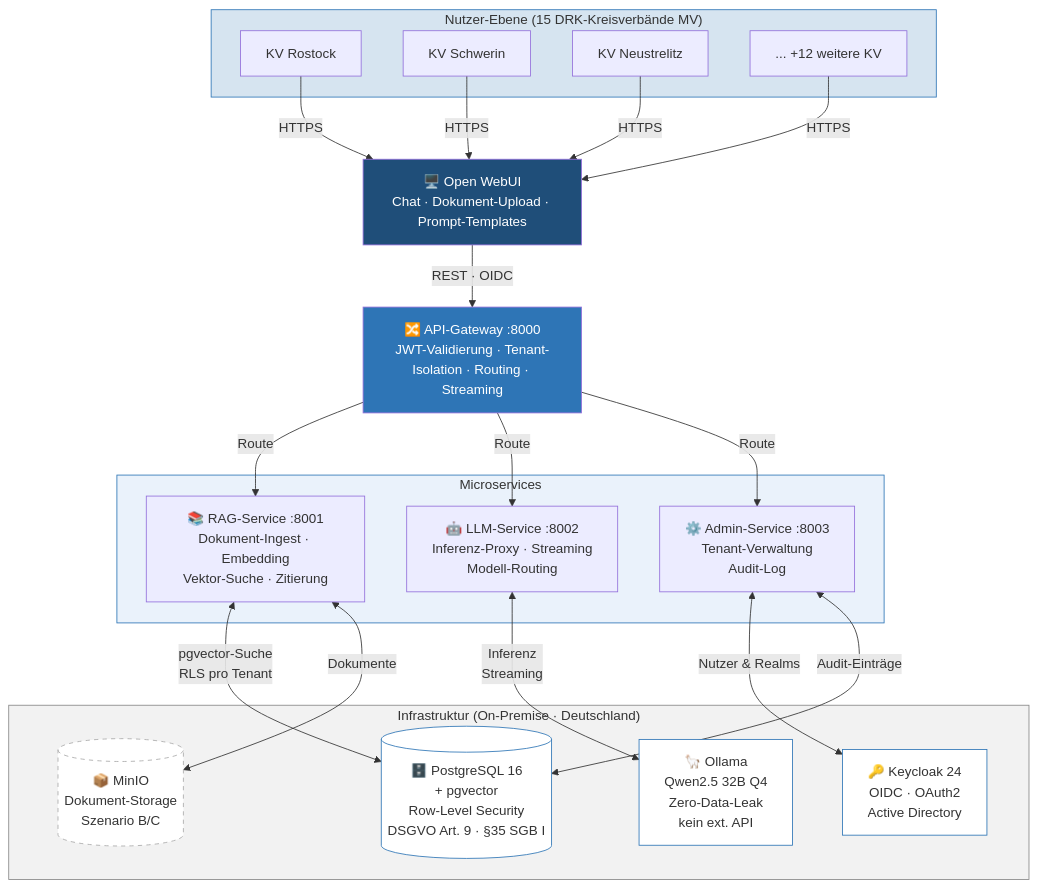
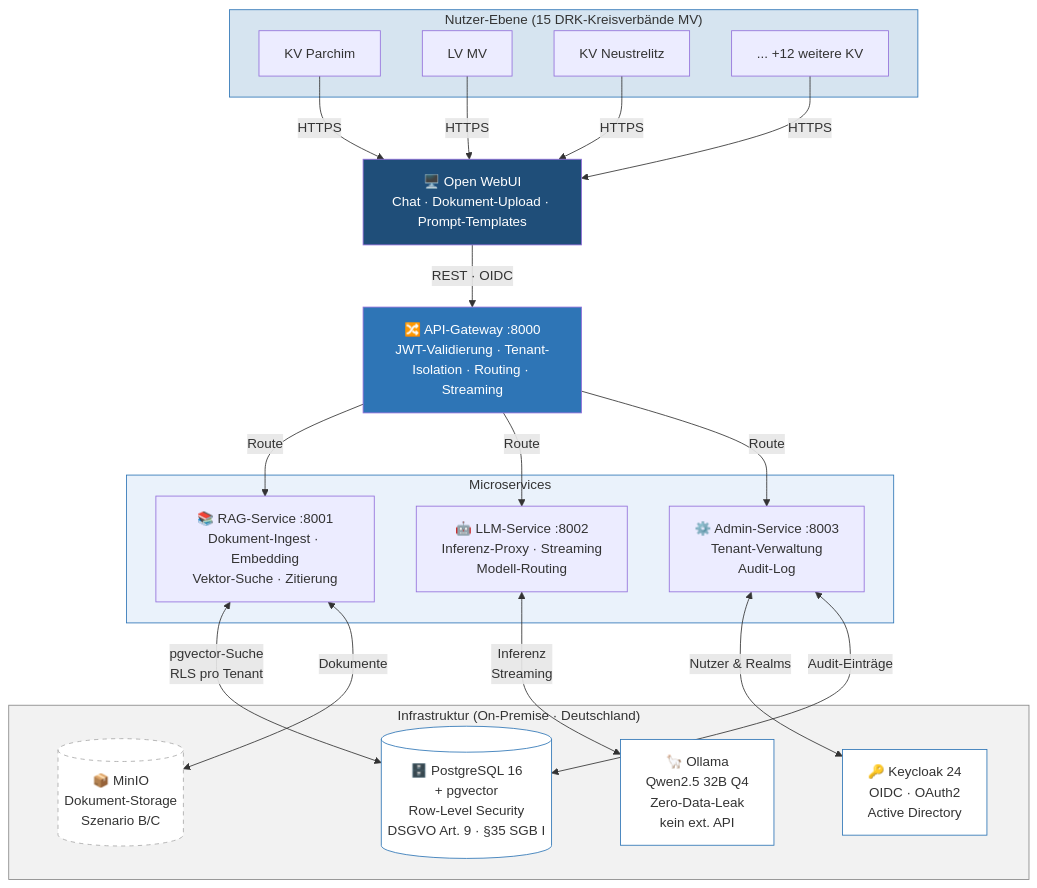
The diagram in docs/architecture.md (sventruderung/drk-mv-ki-plattform), drawn with Mermaid before and after one commit. The commit also changed 3 other files, not shown here.

Commit message:
docs: KV Rostock -> KV Parchim, KV Schwerin -> LV MV

````diff
--- a/docs/architecture.md
+++ b/docs/architecture.md
@@ -5,47 +5,47 @@
 ```mermaid
 flowchart TB
     subgraph KV["Nutzer-Ebene (15 DRK-Kreisverbände MV)"]
-        KV1["KV Rostock"]
-        KV2["KV Schwerin"]
+        KV1["KV Parchim"]
+        KV2["LV MV"]
         KV3["KV Neustrelitz"]
         KVN["... +12 weitere KV"]
     end
 
     UI["🖥️ Open WebUI\nChat · Dokument-Upload · Prompt-Templates"]
 
     GW["🔀 API-Gateway :8000\nJWT-Validierung · Tenant-Isolation · Routing · Streaming"]
 
     subgraph Services["Microservices"]
         RAG["📚 RAG-Service :8001\nDokument-Ingest · Embedding\nVektor-Suche · Zitierung"]
         LLM["🤖 LLM-Service :8002\nInferenz-Proxy · Streaming\nModell-Routing"]
         ADM["⚙️ Admin-Service :8003\nTenant-Verwaltung\nAudit-Log"]
     end
 
     subgraph Infra["Infrastruktur (On-Premise · Deutschland)"]
         PG[("🗄️ PostgreSQL 16\n+ pgvector\nRow-Level Security\nDSGVO Art. 9 · §35 SGB I")]
         OL["🦙 Ollama\nQwen2.5 32B Q4\nZero-Data-Leak\nkein ext. API"]
         KC["🔑 Keycloak 24\nOIDC · OAuth2\nActive Directory"]
         MN[("📦 MinIO\nDokument-Storage\nSzenario B/C")]
     end
 
     KV1 & KV2 & KV3 & KVN -->|"HTTPS"| UI
     UI -->|"REST · OIDC"| GW
     GW -->|"Route"| RAG
     GW -->|"Route"| LLM
     GW -->|"Route"| ADM
     RAG <-->|"pgvector-Suche\nRLS pro Tenant"| PG
     LLM <-->|"Inferenz\nStreaming"| OL
     ADM <-->|"Nutzer & Realms"| KC
     ADM <-->|"Audit-Einträge"| PG
     RAG <-->|"Dokumente"| MN
 
     style KV fill:#D6E4F0,stroke:#2E75B6
     style Services fill:#EAF2FB,stroke:#2E75B6
     style Infra fill:#F2F2F2,stroke:#888
     style PG fill:#fff,stroke:#2E75B6
     style OL fill:#fff,stroke:#2E75B6
     style KC fill:#fff,stroke:#2E75B6
     style MN fill:#fff,stroke:#aaa,stroke-dasharray:5 5
     style GW fill:#2E75B6,color:#fff
     style UI fill:#1F4E79,color:#fff
 ```
````
